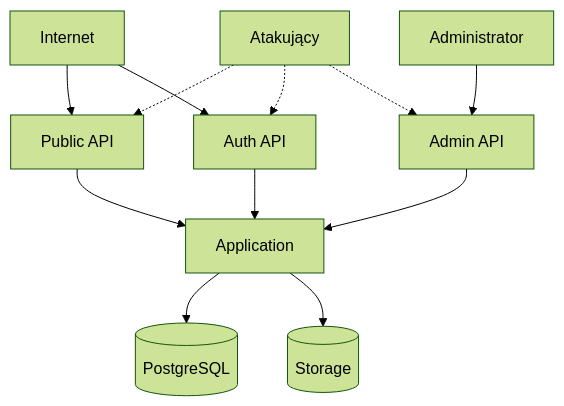
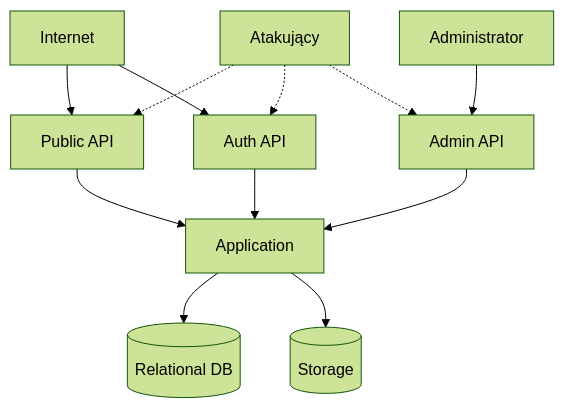
The diagram in docs/security/THREAT_MODEL.md (dom-lud/WeedingGalery), drawn with Mermaid (forest theme) before and after one commit. The commit also changed 24 other files, not shown here.

````diff
--- a/docs/security/THREAT_MODEL.md
+++ b/docs/security/THREAT_MODEL.md
@@ -36,15 +36,15 @@
 ```mermaid
 flowchart TD
     Internet[Internet] --> PublicAPI[Public API]
     Internet --> AuthAPI[Auth API]
     PublicAPI --> App[Application]
     AuthAPI --> App
-    App --> Db[(PostgreSQL)]
+    App --> Db[(Relational DB)]
     App --> Storage[(Storage)]
     Admin[Administrator] --> AdminAPI[Admin API]
     AdminAPI --> App
 
     Attacker[Atakujący] -.-> PublicAPI
     Attacker -.-> AuthAPI
     Attacker -.-> AdminAPI
 ```
````
